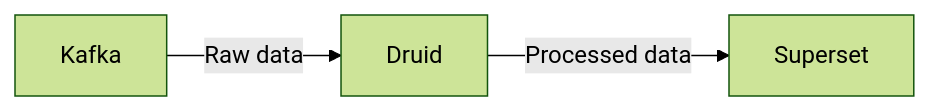
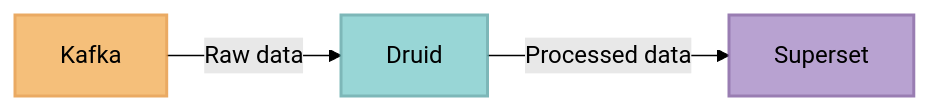
One commit to theodorecurtil/real_time_dashboarding changed the diagram in README.md. Above: the diagram before and after it, drawn with Mermaid (forest theme).

````diff
--- a/README.md
+++ b/README.md
@@ -101,5 +101,9 @@
 ```mermaid
 graph LR
+style Kafka fill:#F3B05A,stroke:#E6953D,stroke-width:2px,rounded,border,opacity:0.8
+style Druid fill:#7FCDCD,stroke:#5DA6A7,stroke-width:2px,rounded,border,opacity:0.8
+style Superset fill:#A78CC6,stroke:#805DA0,stroke-width:2px,rounded,border,opacity:0.8
+
 Kafka["Kafka"] -- Raw data --> Druid["Druid"]
 Druid -- Processed data --> Superset["Superset"]
 ```
````
